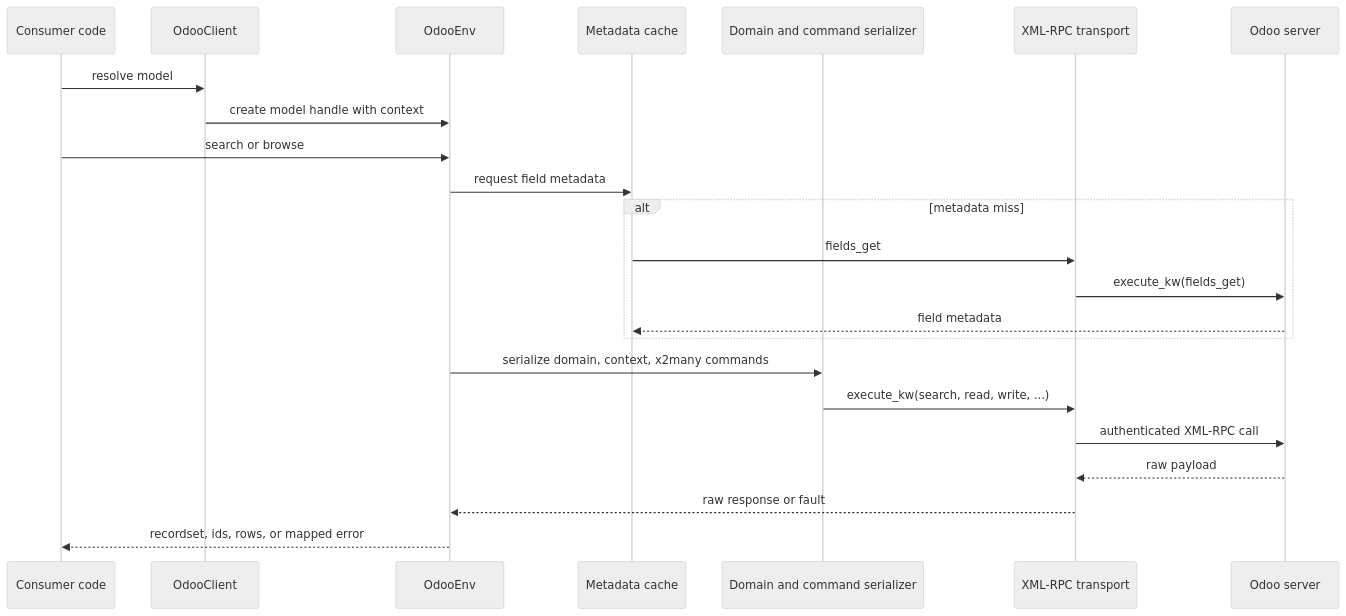
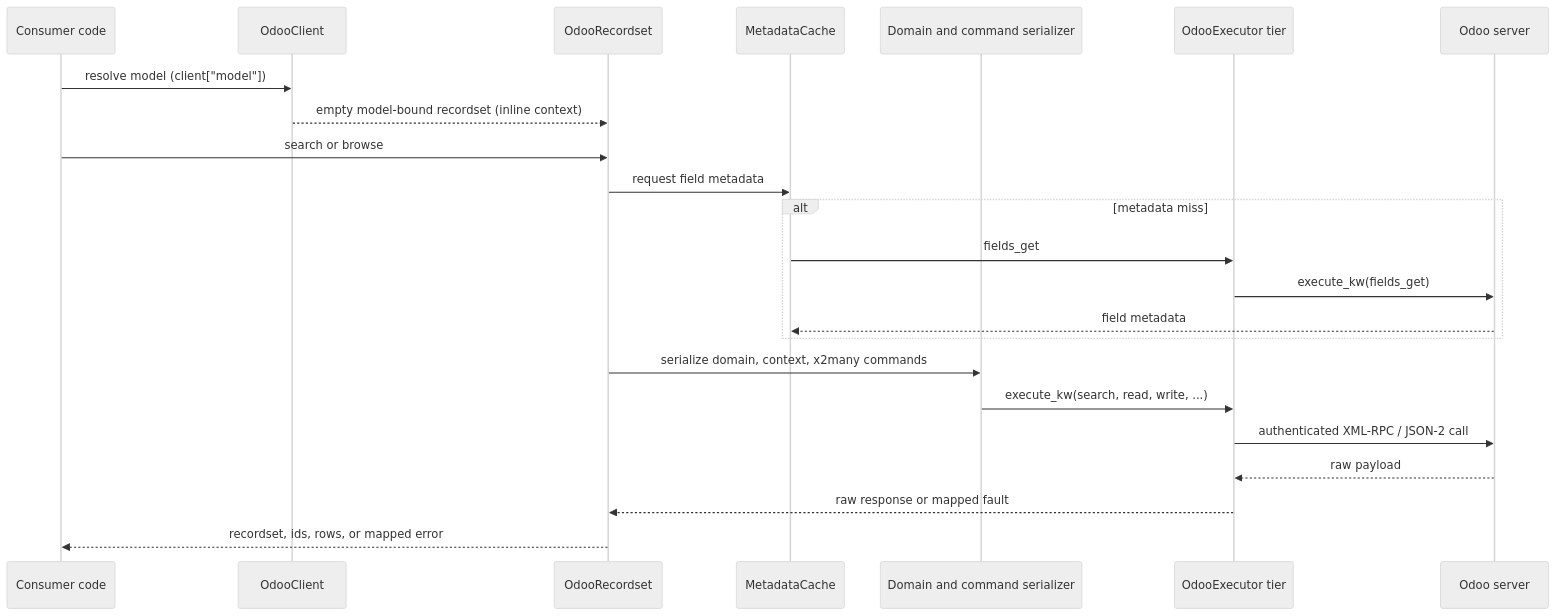
Before and after one commit to Crpaxton4/devcontainer-features: the third of 6 diagrams in libraries/odoo_sdk/docs/source/design/odoo-sdk-architecture-plan.md, drawn with Mermaid (neutral theme). The commit also changed other lines of this file and 3 other files, not shown here.

````diff
--- a/libraries/odoo_sdk/docs/source/design/odoo-sdk-architecture-plan.md
+++ b/libraries/odoo_sdk/docs/source/design/odoo-sdk-architecture-plan.md
@@ -245,26 +263,26 @@
 ```mermaid
 sequenceDiagram
     participant User as Consumer code
     participant Client as OdooClient
-    participant Env as OdooEnv
-    participant Meta as Metadata cache
+    participant Recordset as OdooRecordset
+    participant Meta as MetadataCache
     participant Serializer as Domain and command serializer
-    participant Transport as XML-RPC transport
+    participant Transport as OdooExecutor tier
     participant Odoo as Odoo server
 
-    User->>Client: resolve model
-    Client->>Env: create model handle with context
-    User->>Env: search or browse
-    Env->>Meta: request field metadata
+    User->>Client: resolve model (client["model"])
+    Client-->>Recordset: empty model-bound recordset (inline context)
+    User->>Recordset: search or browse
+    Recordset->>Meta: request field metadata
     alt metadata miss
         Meta->>Transport: fields_get
         Transport->>Odoo: execute_kw(fields_get)
         Odoo-->>Meta: field metadata
     end
-    Env->>Serializer: serialize domain, context, x2many commands
+    Recordset->>Serializer: serialize domain, context, x2many commands
     Serializer->>Transport: execute_kw(search, read, write, ...)
-    Transport->>Odoo: authenticated XML-RPC call
+    Transport->>Odoo: authenticated XML-RPC / JSON-2 call
     Odoo-->>Transport: raw payload
-    Transport-->>Env: raw response or fault
-    Env-->>User: recordset, ids, rows, or mapped error
+    Transport-->>Recordset: raw response or mapped fault
+    Recordset-->>User: recordset, ids, rows, or mapped error
 ```
````
